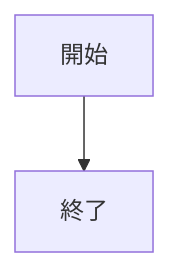
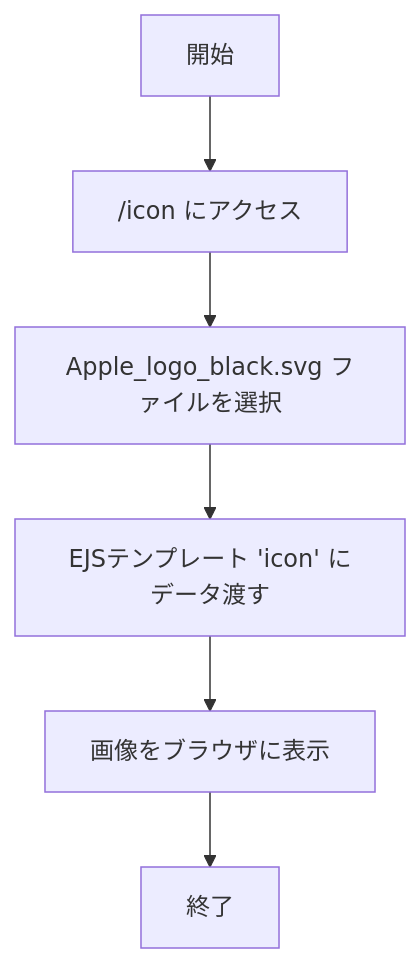
Before and after one commit to shigetomiharuto/webpro_06: the second of 6 diagrams in README.md, drawn with Mermaid. The commit also changed other lines of this file, not shown here.

````diff
--- a/README.md
+++ b/README.md
@@ -33,7 +71,15 @@
 ```mermaid
 flowchart TD;
   start["開始"]
+  access["/icon にアクセス"]
+  select_file["Apple_logo_black.svg ファイルを選択"]
+  render["EJSテンプレート 'icon' にデータ渡す"]
+  display["画像をブラウザに表示"]
   end1["終了"]
-  start --> end1;
 
+  start --> access
+  access --> select_file
+  select_file --> render
+  render --> display
+  display --> end1
 ```
````
